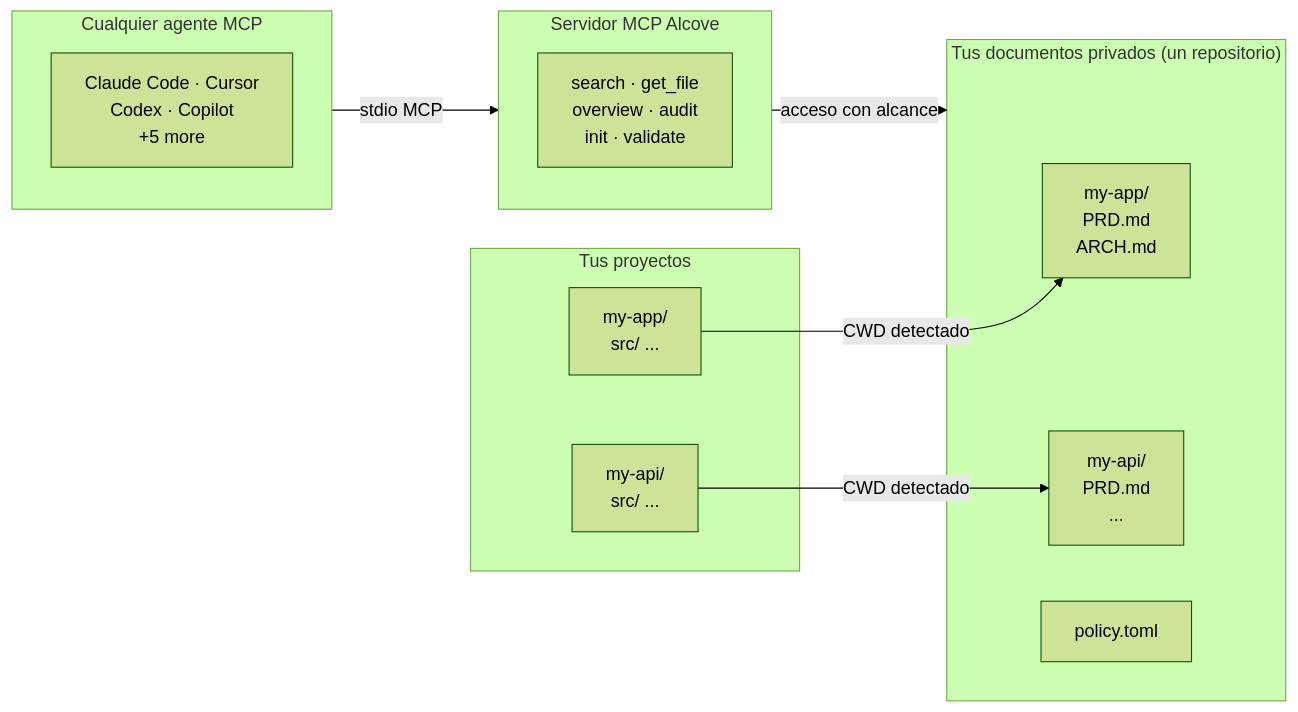
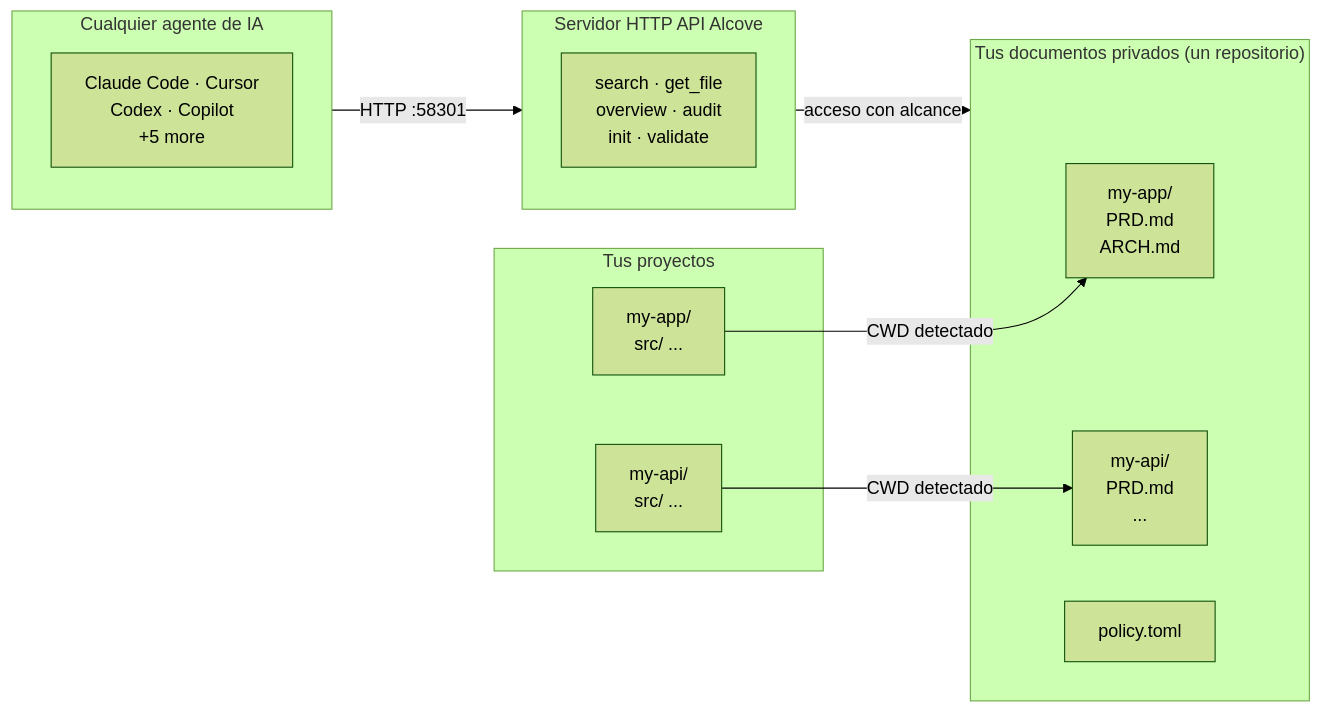
The diagram in docs/README.es.md (epicsagas/alcove), drawn with Mermaid (forest theme) before and after one commit. The commit also changed other lines of this file and 11 other files, not shown here.

Commit message:
fix(skill): rename MCP section to API Proxy

````diff
--- a/docs/README.es.md
+++ b/docs/README.es.md
@@ -288,26 +290,26 @@
 ```mermaid
 flowchart LR
     subgraph Projects["Tus proyectos"]
         A1["my-app/\n  src/ ..."]
         A2["my-api/\n  src/ ..."]
     end
 
     subgraph Docs["Tus documentos privados (un repositorio)"]
         D1["my-app/\n  PRD.md\n  ARCH.md"]
         D2["my-api/\n  PRD.md\n  ..."]
         P1["policy.toml"]
     end
 
-    subgraph Agents["Cualquier agente MCP"]
+    subgraph Agents["Cualquier agente de IA"]
         AG["Claude Code · Cursor\nCodex · Copilot\n+5 more"]
     end
 
-    subgraph MCP["Servidor MCP Alcove"]
+    subgraph API["Servidor HTTP API Alcove"]
         T["search · get_file\noverview · audit\ninit · validate"]
     end
 
     A1 -- "CWD detectado" --> D1
     A2 -- "CWD detectado" --> D2
-    Agents -- "stdio MCP" --> MCP
-    MCP -- "acceso con alcance" --> Docs
+    Agents -- "HTTP :58301" --> API
+    API -- "acceso con alcance" --> Docs
 ```
````
